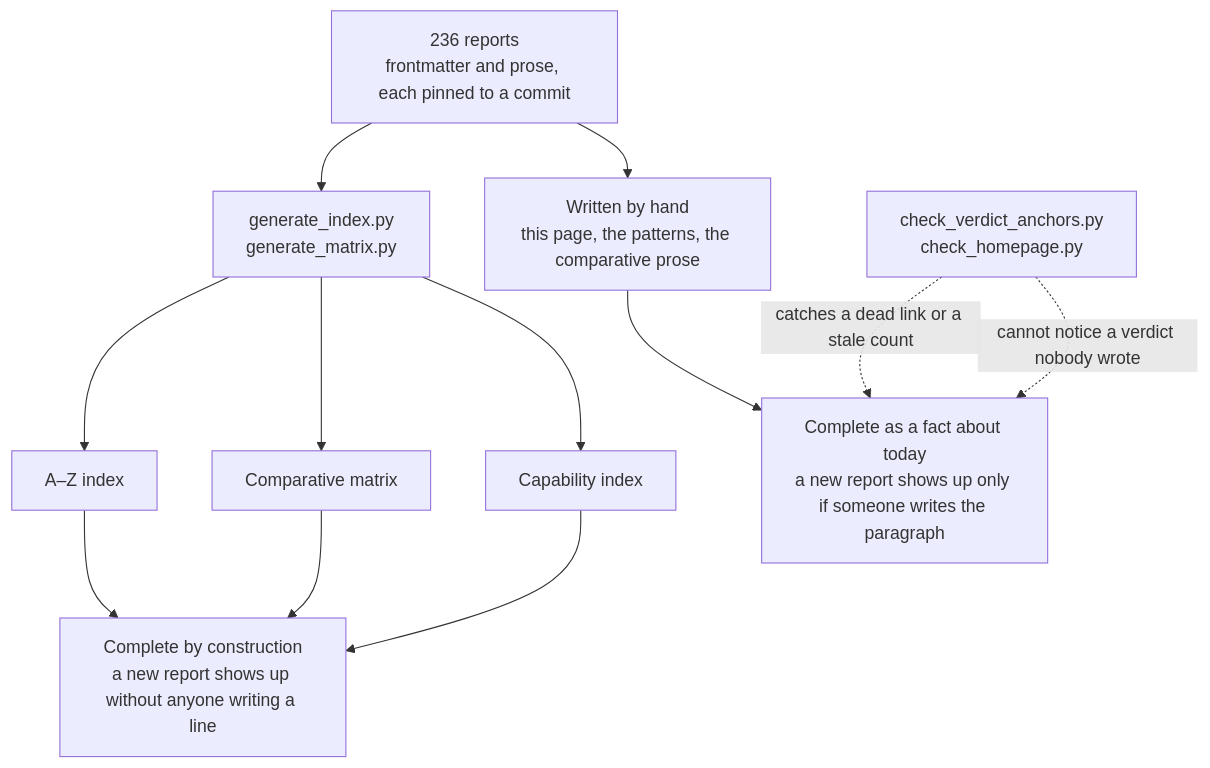
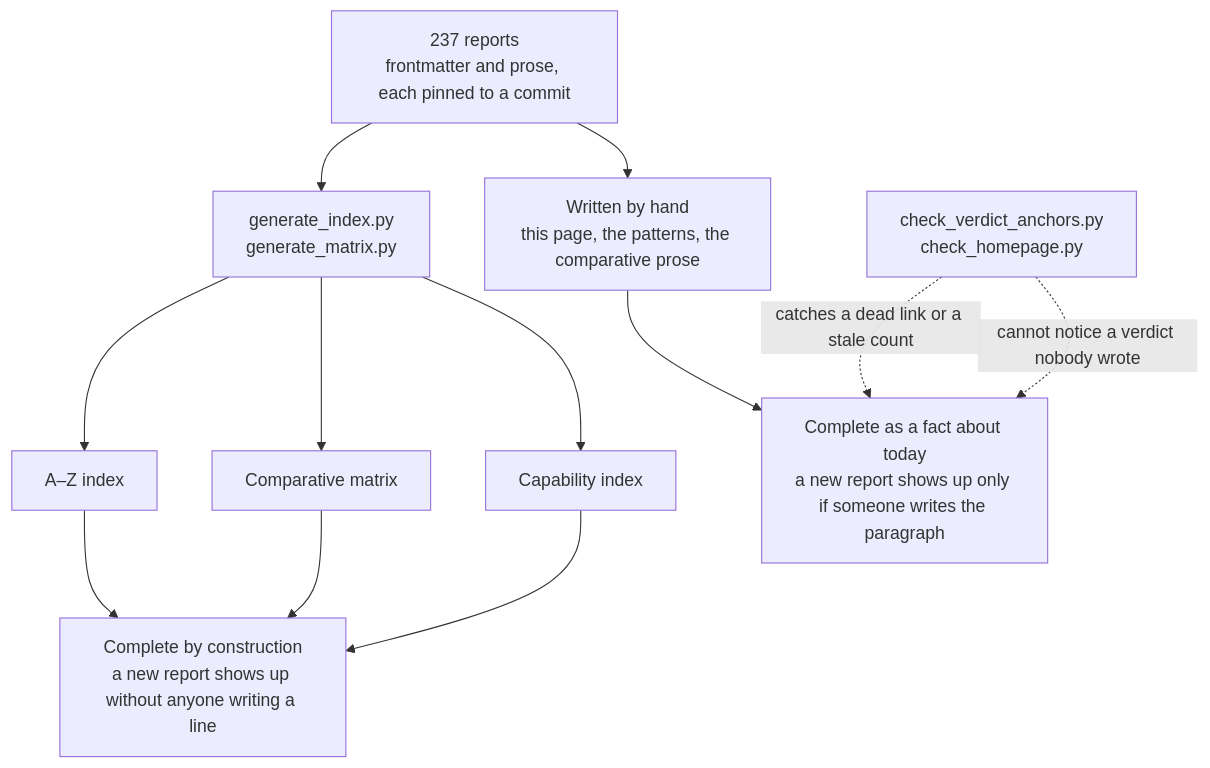
One commit to neoneye/agent-memory-atlas changed the diagram in content/verdicts.md. Above: the diagram before and after it, drawn with Mermaid. The commit also changed other lines of this file and 20 other files, not shown here.

````diff
--- a/content/verdicts.md
+++ b/content/verdicts.md
@@ -40,15 +40,15 @@
 ```mermaid
 flowchart TD
-    R["236 reports<br/>frontmatter and prose, each pinned to a commit"]
+    R["237 reports<br/>frontmatter and prose, each pinned to a commit"]
     R --> GEN["generate_index.py<br/>generate_matrix.py"]
     R --> HAND["Written by hand<br/>this page, the patterns, the comparative prose"]
     GEN --> AZ["A–Z index"]
     GEN --> MX["Comparative matrix"]
     GEN --> CI["Capability index"]
     AZ --> CONST["Complete by construction<br/>a new report shows up without anyone writing a line"]
     MX --> CONST
     CI --> CONST
     HAND --> TODAY["Complete as a fact about today<br/>a new report shows up only if someone writes the paragraph"]
     CHK["check_verdict_anchors.py<br/>check_homepage.py"] -.->|"catches a dead link or a stale count"| TODAY
     CHK -.->|"cannot notice a verdict nobody wrote"| TODAY
 ```
````
